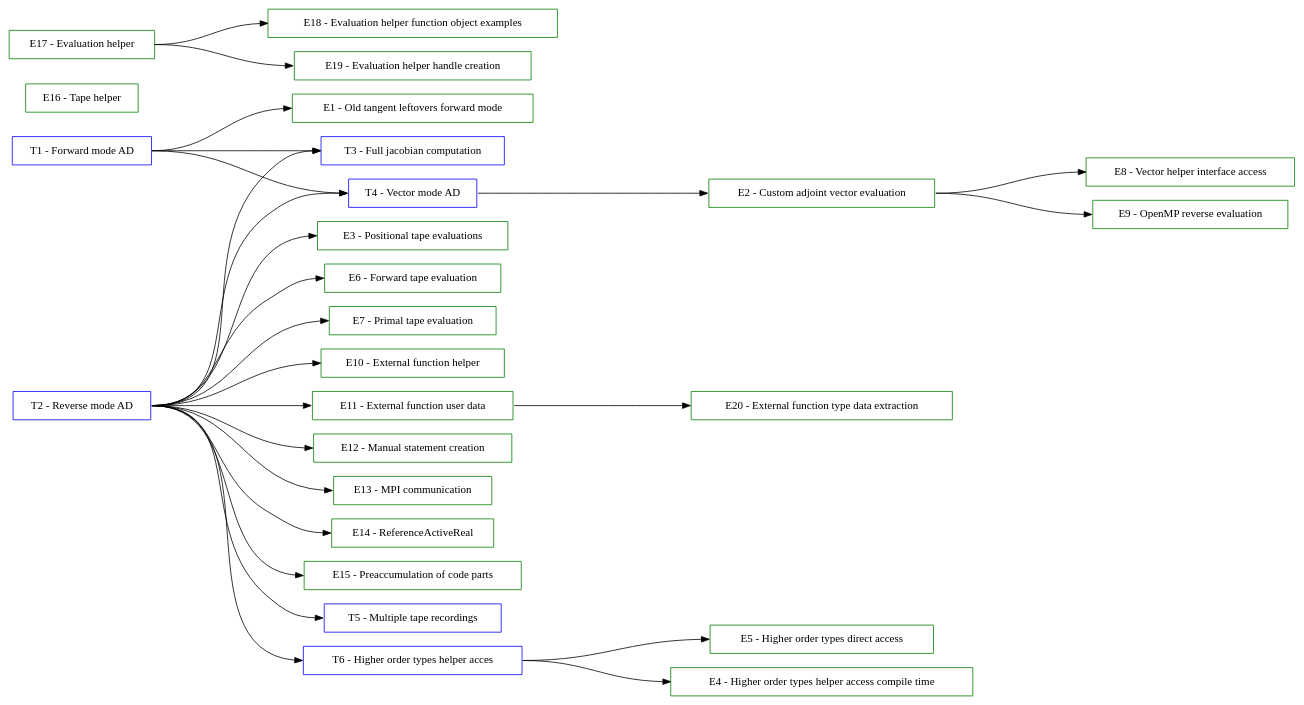
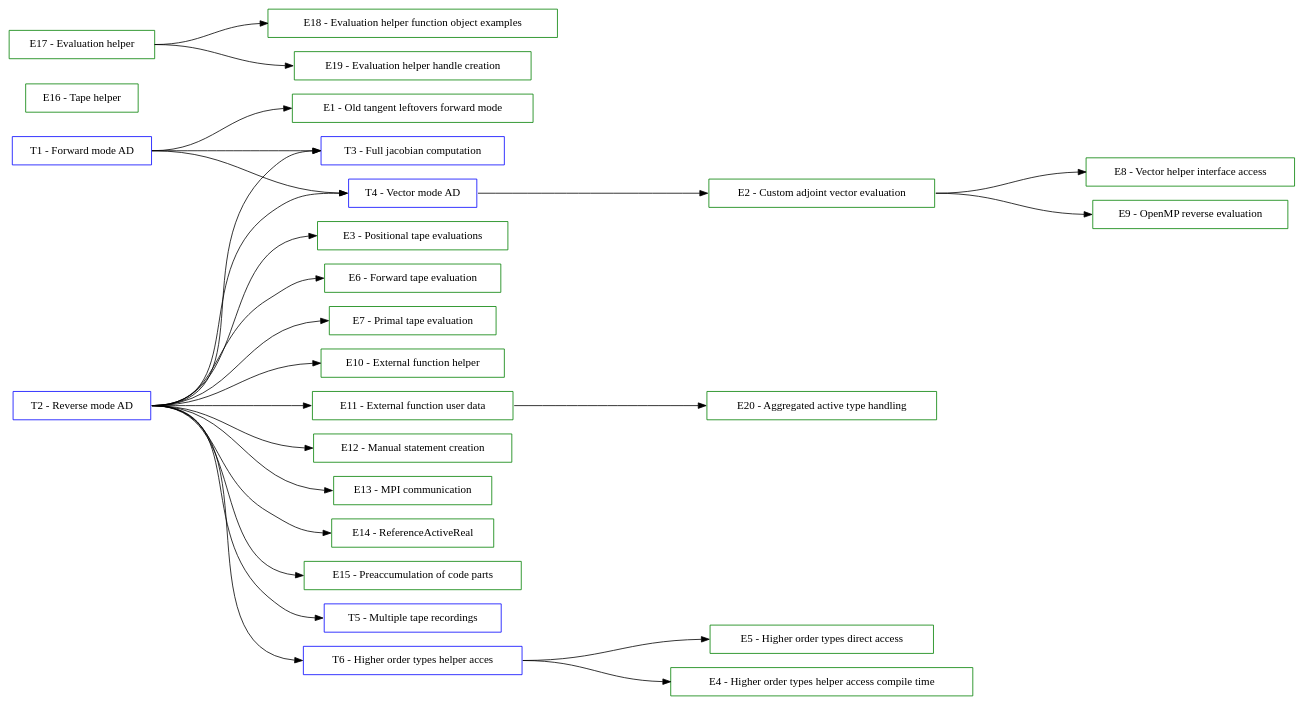
Before and after one commit to SciCompKL/CoDiPack: the diagram in documentation/user/TutorialsGraph.dot, drawn with Graphviz. The commit also changed 7 other files, not shown here.

Commit message:
Added aggregated type data management.

```diff
--- a/documentation/user/TutorialsGraph.dot
+++ b/documentation/user/TutorialsGraph.dot
@@ -1,86 +1,86 @@
 digraph Tutorials {
   rankdir=LR;
   ranksep=2;
 
   // Tutorial nodes
   node [shape=box color=blue];
   T01 [label="T1 - Forward mode AD"];
 
   T02 [label="T2 - Reverse mode AD"];
 
   T03 [label="T3 - Full jacobian computation"];
 
   T04 [label="T4 - Vector mode AD"];
 
   T05 [label="T5 - Multiple tape recordings"];
 
   T06 [label="T6 - Higher order types helper acces"];
 
   // Example nodes
   node [shape=box color=green];
   E01 [label="E1 - Old tangent leftovers forward mode"];
 
   E02 [label="E2 - Custom adjoint vector evaluation"];
 
   E03 [label="E3 - Positional tape evaluations"];
 
   E04 [label="E4 - Higher order types helper access compile time"];
 
   E05 [label="E5 - Higher order types direct access"];
 
   E06 [label="E6 - Forward tape evaluation"];
 
   E07 [label="E7 - Primal tape evaluation"];
 
   E08 [label="E8 - Vector helper interface access"];
 
   E09 [label="E9 - OpenMP reverse evaluation"];
 
   E10 [label="E10 - External function helper"];
 
   E11 [label="E11 - External function user data"];
 
   E12 [label="E12 - Manual statement creation"];
 
   E13 [label="E13 - MPI communication"];
 
   E14 [label="E14 - ReferenceActiveReal"];
 
   E15 [label="E15 - Preaccumulation of code parts"];
 
   E16 [label="E16 - Tape helper"];
 
   E17 [label="E17 - Evaluation helper"];
 
   E18 [label="E18 - Evaluation helper function object examples"];
 
   E19 [label="E19 - Evaluation helper handle creation"];
 
-  E20 [label="E20 - External function type data extraction"];
+  E20 [label="E20 - Aggregated active type handling"];
 
   // Edges (sorted)
   E02:e -> E08:w;
   E02:e -> E09:w;
   E11:e -> E20:w;
   E17:e -> E18:w;
   E17:e -> E19:w;
   T01:e -> E01:w;
   T01:e -> T03:w;
   T01:e -> T04:w;
   T02:e -> E03:w;
   T02:e -> E06:w;
   T02:e -> E07:w;
   T02:e -> E10:w;
   T02:e -> E11:w;
   T02:e -> E12:w;
   T02:e -> E13:w;
   T02:e -> E14:w;
   T02:e -> E15:w;
   T02:e -> T03:w;
   T02:e -> T04:w;
   T02:e -> T05:w;
   T02:e -> T06:w;
   T04:e -> E02:w;
   T06:e -> E04:w;
   T06:e -> E05:w;
 }
```
